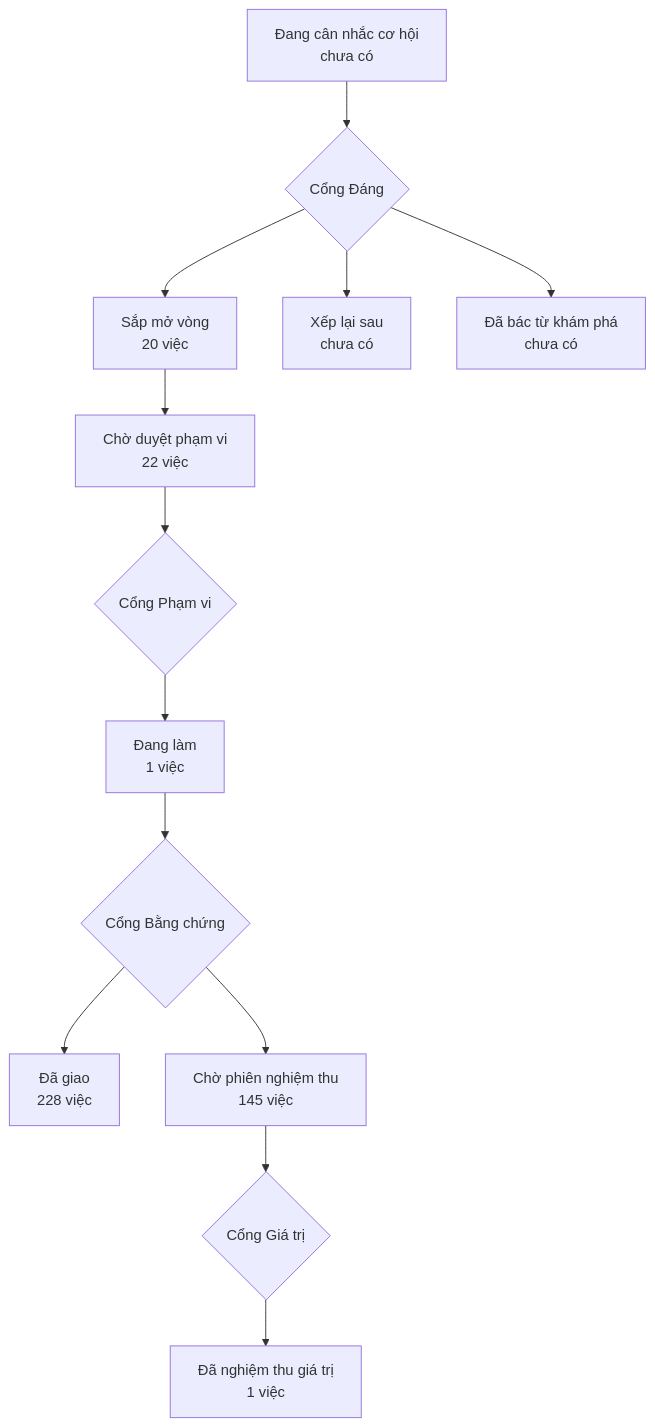
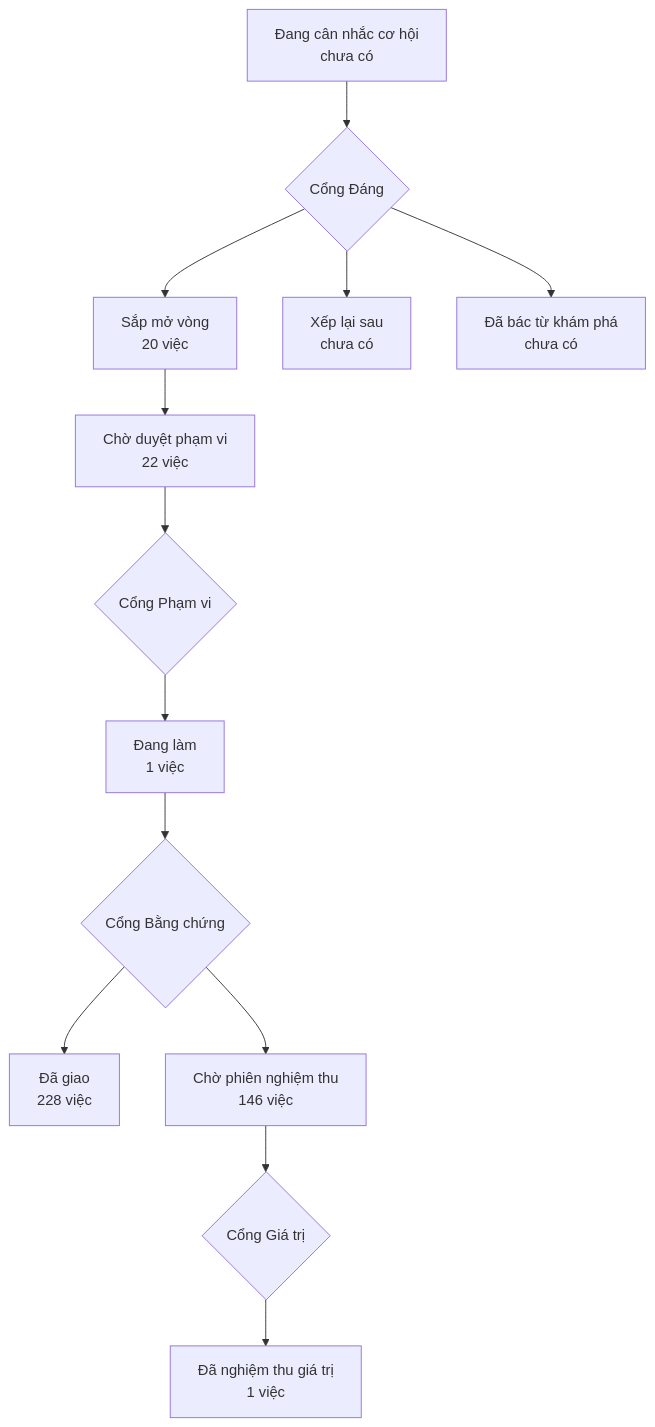
Before and after one commit to phanlemanh/onehub-invest: the diagram in PRODUCT-MAP.md, drawn with Mermaid. The commit also changed other lines of this file and 1 other file, not shown here.

Commit message:
chore(acceptance): vẽ lại PRODUCT-MAP và LO-TRINH sau khi nhận main 4ead86775 (db-chi-nghe-noi-bo-va-chinh-postgres)

````diff
--- a/PRODUCT-MAP.md
+++ b/PRODUCT-MAP.md
@@ -7,12 +7,12 @@
 ```mermaid
 flowchart TD
   A["Đang cân nhắc cơ hội<br/>chưa có"] --> GD{"Cổng Đáng"}
   GD --> B["Sắp mở vòng<br/>20 việc"]
   GD --> XL["Xếp lại sau<br/>chưa có"]
   GD --> DB["Đã bác từ khám phá<br/>chưa có"]
   B --> CD["Chờ duyệt phạm vi<br/>22 việc"] --> GP{"Cổng Phạm vi"}
   GP --> DL["Đang làm<br/>1 việc"] --> GB{"Cổng Bằng chứng"}
   GB --> DG["Đã giao<br/>228 việc"]
-  GB --> CN["Chờ phiên nghiệm thu<br/>145 việc"] --> GG{"Cổng Giá trị"}
+  GB --> CN["Chờ phiên nghiệm thu<br/>146 việc"] --> GG{"Cổng Giá trị"}
   GG --> NT["Đã nghiệm thu giá trị<br/>1 việc"]
 ```
````
